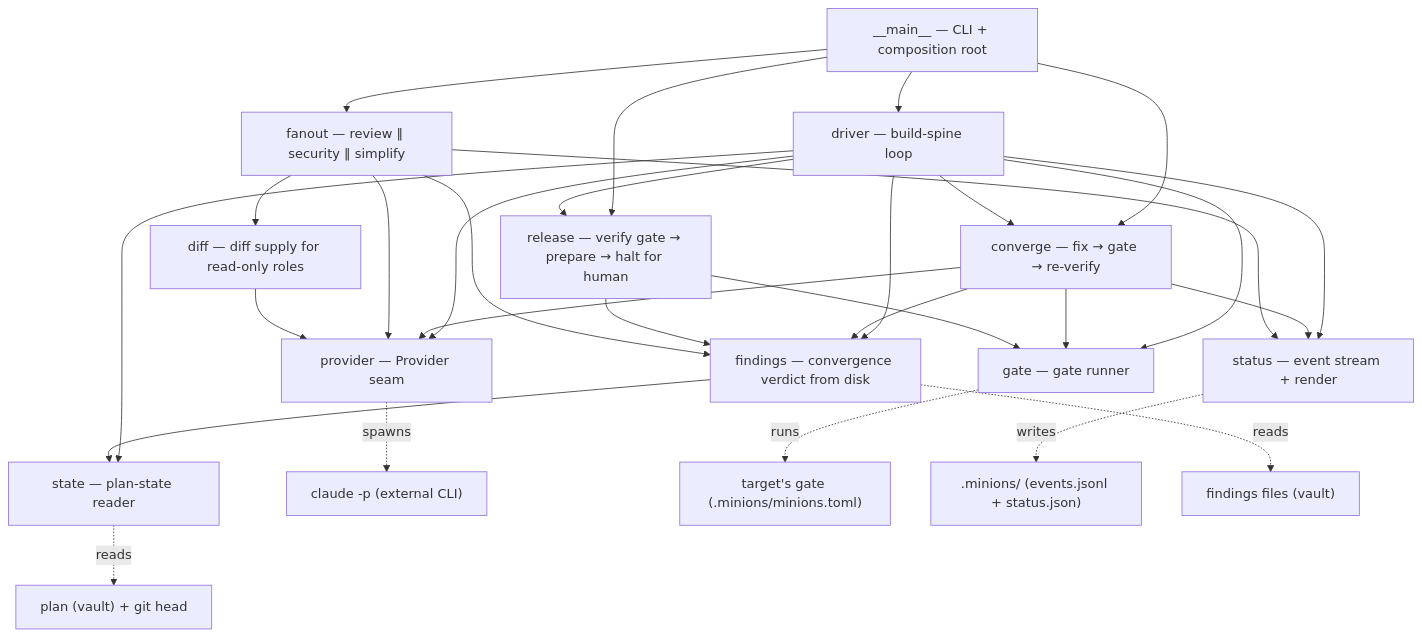
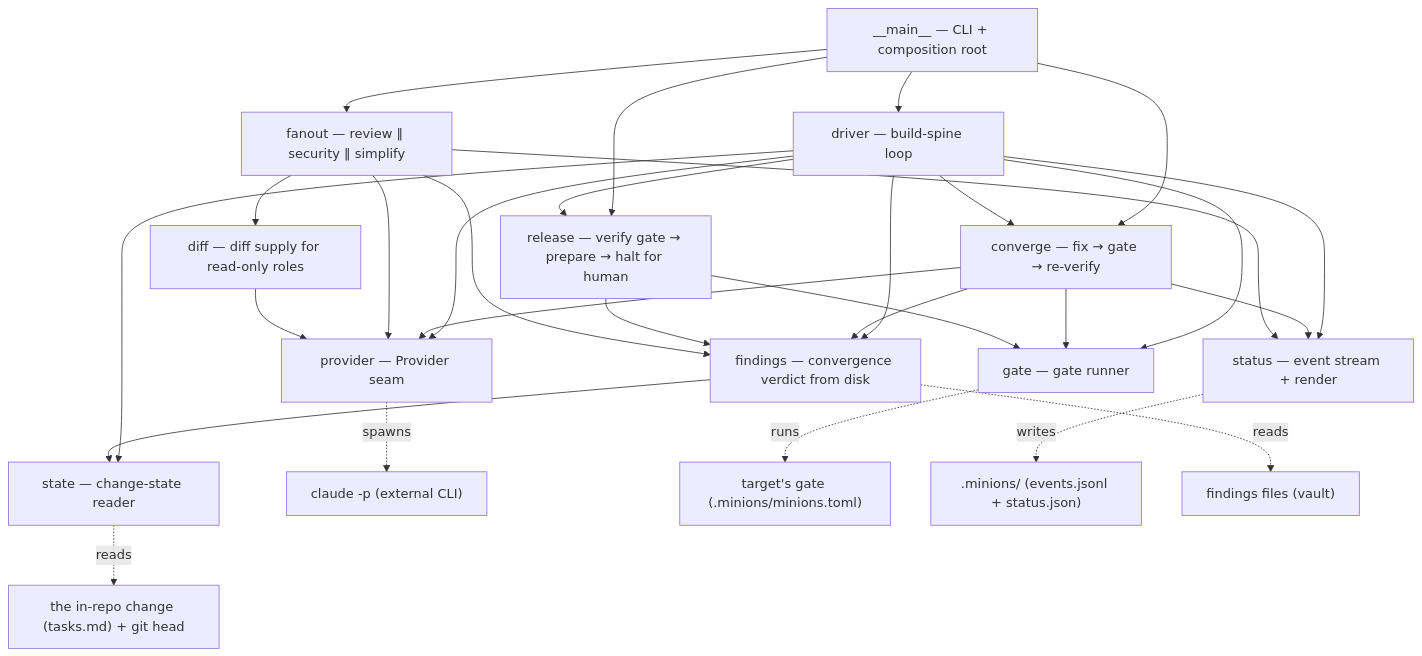
Before and after one commit to alxb1t/minionsfactory: the diagram in docs/architecture.md, drawn with Mermaid. The commit also changed other lines of this file and 21 other files, not shown here.

````diff
--- a/docs/architecture.md
+++ b/docs/architecture.md
@@ -39,44 +39,44 @@
 ```mermaid
 graph TD
     main["__main__ — CLI + composition root"]
     driver["driver — build-spine loop"]
     converge["converge — fix → gate → re-verify"]
     release["release — verify gate → prepare → halt for human"]
     fanout["fanout — review ‖ security ‖ simplify"]
     diff["diff — diff supply for read-only roles"]
     findings["findings — convergence verdict from disk"]
-    state["state — plan-state reader"]
+    state["state — change-state reader"]
     gate["gate — gate runner"]
     provider["provider — Provider seam"]
     status["status — event stream + render"]
 
     main --> driver
     main --> converge
     main --> fanout
     main --> release
     driver --> converge
     driver --> release
     driver --> gate
     driver --> provider
     driver --> state
     driver --> status
     driver --> findings
     converge --> provider
     converge --> gate
     converge --> findings
     converge --> status
     release --> gate
     release --> findings
     fanout --> diff
     fanout --> findings
     fanout --> provider
     fanout --> status
     diff --> provider
     findings --> state
 
     provider -. spawns .-> claude["claude -p (external CLI)"]
     gate -. runs .-> targetgate["target's gate (.minions/minions.toml)"]
-    state -. reads .-> disk["plan (vault) + git head"]
+    state -. reads .-> disk["the in-repo change (tasks.md) + git head"]
     status -. writes .-> minions[".minions/ (events.jsonl + status.json)"]
     findings -. reads .-> ff["findings files (vault)"]
 ```
````
